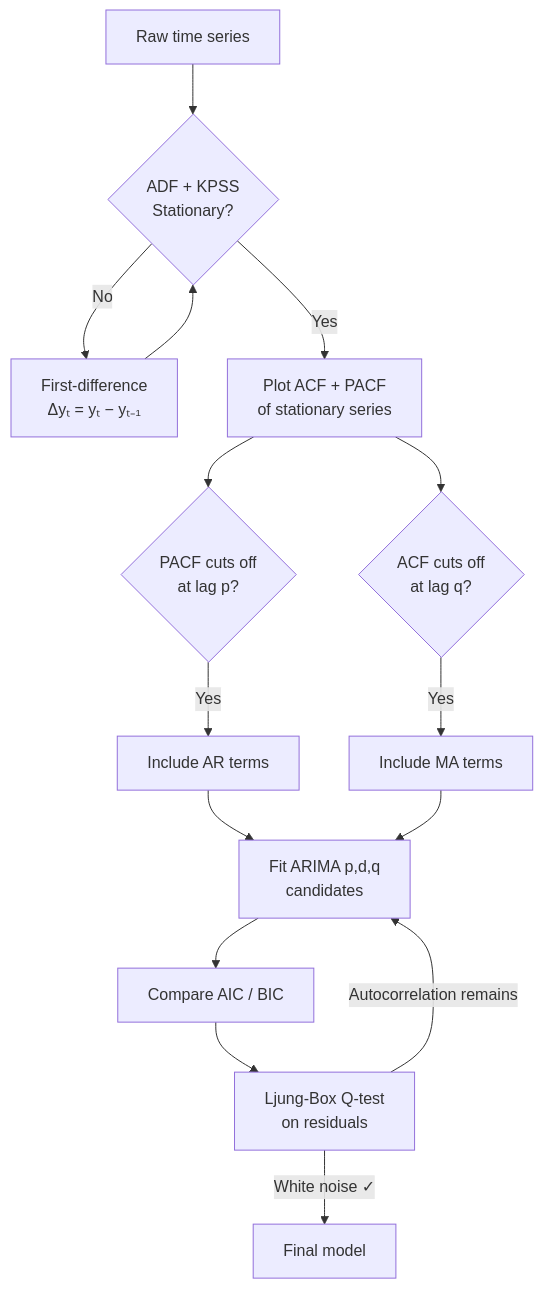
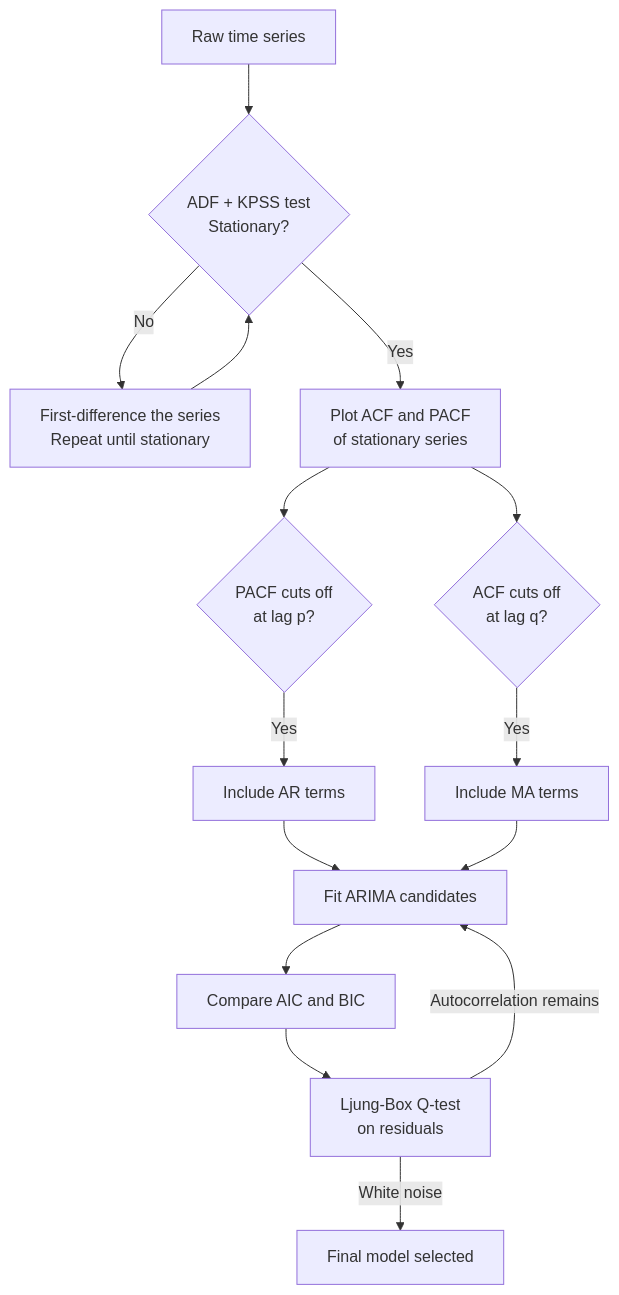
Before and after one commit to shubhamag91/ai-playbook: the second of 3 diagrams in src/content/docs/deep-dive/quantitative-methods.md, drawn with Mermaid. The commit also changed other lines of this file and 1 other file, not shown here.

First line of the commit message:
Fix Mermaid diagrams failing to render in quantitative methods page

````diff
--- a/src/content/docs/deep-dive/quantitative-methods.md
+++ b/src/content/docs/deep-dive/quantitative-methods.md
@@ -635,16 +636,17 @@
 ```mermaid
 flowchart TD
-    Raw[Raw time series] --> ADF{ADF + KPSS\nStationary?}
-    ADF -->|No| Diff[First-difference\nΔyₜ = yₜ − yₜ₋₁]
+    Raw[Raw time series] --> ADF{ADF + KPSS test\nStationary?}
+    ADF -->|No| Diff[First-difference the series\nRepeat until stationary]
     Diff --> ADF
-    ADF -->|Yes| Plots[Plot ACF + PACF\nof stationary series]
+    ADF -->|Yes| Plots[Plot ACF and PACF\nof stationary series]
     Plots --> AR{PACF cuts off\nat lag p?}
     Plots --> MA{ACF cuts off\nat lag q?}
     AR -->|Yes| ARm[Include AR terms]
     MA -->|Yes| MAm[Include MA terms]
-    ARm & MAm --> Fit[Fit ARIMA p,d,q\ncandidates]
-    Fit --> IC[Compare AIC / BIC]
+    ARm --> Fit[Fit ARIMA candidates]
+    MAm --> Fit
+    Fit --> IC[Compare AIC and BIC]
     IC --> Diag[Ljung-Box Q-test\non residuals]
     Diag -->|Autocorrelation remains| Fit
-    Diag -->|White noise ✓| Done[Final model]
+    Diag -->|White noise| Done[Final model selected]
 ```
````
